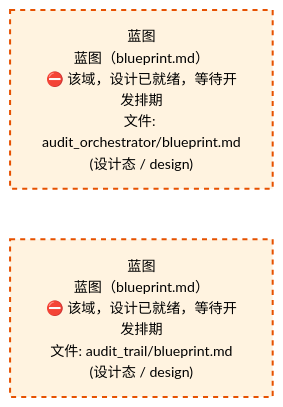
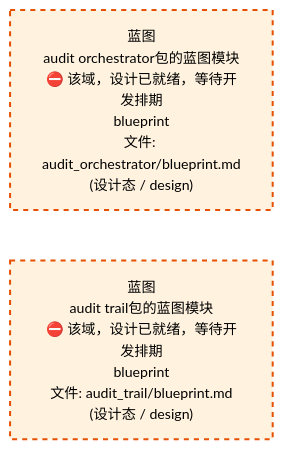
Before and after one commit to xuanFelixVan/ZephyrAlpha: the third of 4 diagrams in docs/02_enterprise_architecture/02_domain_architecture_docs/50_d_gov_audit.md, drawn with Mermaid. The commit also changed other lines of this file and 58 other files, not shown here.

````diff
--- a/docs/02_enterprise_architecture/02_domain_architecture_docs/50_d_gov_audit.md
+++ b/docs/02_enterprise_architecture/02_domain_architecture_docs/50_d_gov_audit.md
@@ -807,12 +808,12 @@
 ```mermaid
 %%{init: {'theme': 'base', 'themeVariables': {'primaryColor': '#eaeaea', 'primaryTextColor': '#333333', 'primaryBorderColor': '#666666', 'lineColor': '#666666', 'secondaryColor': '#eaeaea', 'tertiaryColor': '#eaeaea', 'fontSize': '14px'}}}%%
 flowchart TD
-    docs_03_modules_cross_layer_audit_orchestrator_blueprint_md["蓝图<br/>蓝图（blueprint.md）<br/>⛔ 该域，设计已就绪，等待开发排期<br/>文件: audit_orchestrator/blueprint.md<br/>(设计态 / design)"]
-    docs_03_modules_domain_governance_audit_trail_blueprint_md["蓝图<br/>蓝图（blueprint.md）<br/>⛔ 该域，设计已就绪，等待开发排期<br/>文件: audit_trail/blueprint.md<br/>(设计态 / design)"]
+    docs_03_modules_cross_layer_audit_orchestrator_blueprint_md["蓝图<br/>audit orchestrator包的蓝图模块<br/>⛔ 该域，设计已就绪，等待开发排期<br/>blueprint<br/>文件: audit_orchestrator/blueprint.md<br/>(设计态 / design)"]
+    docs_03_modules_domain_governance_audit_trail_blueprint_md["蓝图<br/>audit trail包的蓝图模块<br/>⛔ 该域，设计已就绪，等待开发排期<br/>blueprint<br/>文件: audit_trail/blueprint.md<br/>(设计态 / design)"]
     docs_03_modules_cross_layer_audit_orchestrator_blueprint_md ~~~ docs_03_modules_domain_governance_audit_trail_blueprint_md
     classDef production fill:#e1f5fe,stroke:#01579b,stroke-width:2px,color:#000
     classDef design fill:#fff3e0,stroke:#e65100,stroke-width:2px,color:#000,stroke-dasharray: 5 5
     classDef external_prod fill:#e8f4fd,stroke:#0277bd,stroke-width:1px,color:#000
     classDef external_design fill:#fff8e7,stroke:#ef6c00,stroke-width:1px,color:#000,stroke-dasharray: 5 5
     class docs_03_modules_cross_layer_audit_orchestrator_blueprint_md,docs_03_modules_domain_governance_audit_trail_blueprint_md design
 ```
````
